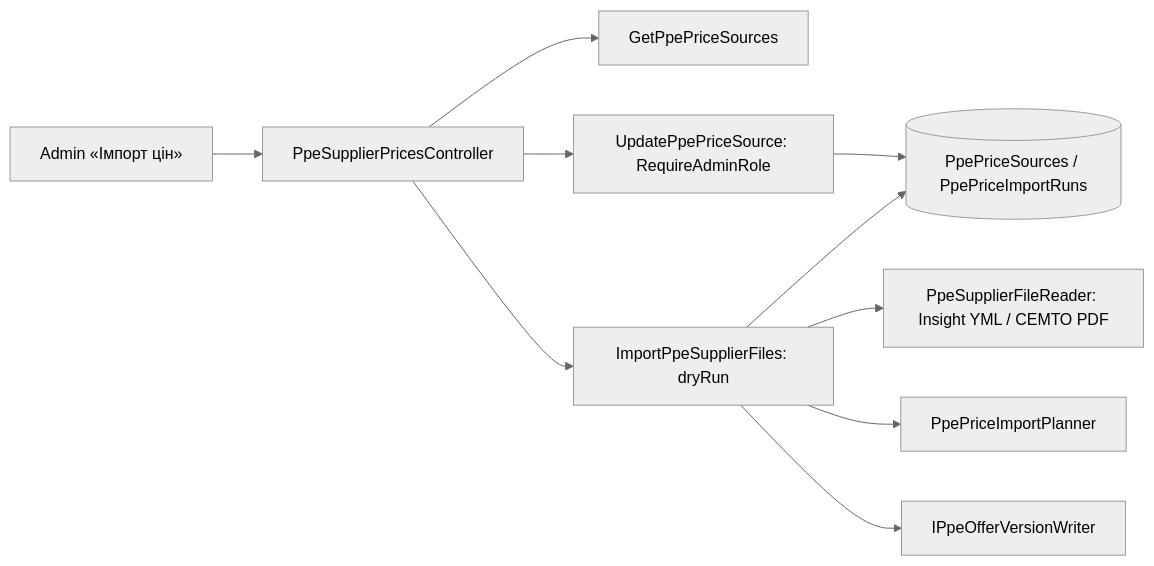
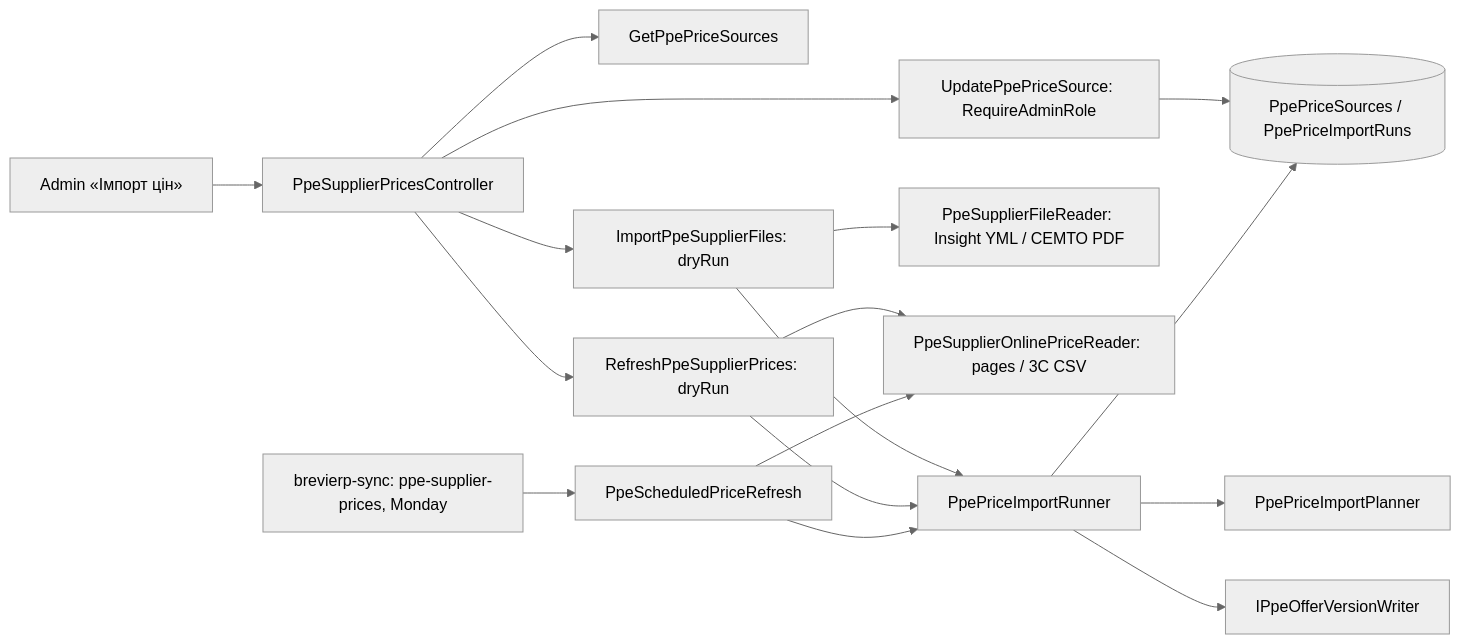
The diagram in docs/sdd/features/catalog/ppe-supplier-prices.md (Weretik/BreviERP), drawn with Mermaid (neutral theme) before and after one commit. The commit also changed other lines of this file and 36 other files, not shown here.

````diff
--- a/docs/sdd/features/catalog/ppe-supplier-prices.md
+++ b/docs/sdd/features/catalog/ppe-supplier-prices.md
@@ -7,12 +7,19 @@
 ```mermaid
 flowchart LR
   Admin[Admin «Імпорт цін»] --> API[PpeSupplierPricesController]
   API --> List[GetPpePriceSources]
   API --> Settings[UpdatePpePriceSource: RequireAdminRole]
   API --> Import[ImportPpeSupplierFiles: dryRun]
+  API --> Refresh[RefreshPpeSupplierPrices: dryRun]
+  Job[brevierp-sync: ppe-supplier-prices, Monday] --> Scheduled[PpeScheduledPriceRefresh]
   Import --> Reader[PpeSupplierFileReader: Insight YML / СЕМТО PDF]
-  Import --> Planner[PpePriceImportPlanner]
-  Import --> Offers[IPpeOfferVersionWriter]
+  Refresh --> Online[PpeSupplierOnlinePriceReader: pages / 3C CSV]
+  Scheduled --> Online
+  Import --> Runner[PpePriceImportRunner]
+  Refresh --> Runner
+  Scheduled --> Runner
+  Runner --> Planner[PpePriceImportPlanner]
+  Runner --> Offers[IPpeOfferVersionWriter]
   Settings --> Store[(PpePriceSources / PpePriceImportRuns)]
-  Import --> Store
+  Runner --> Store
 ```
````
